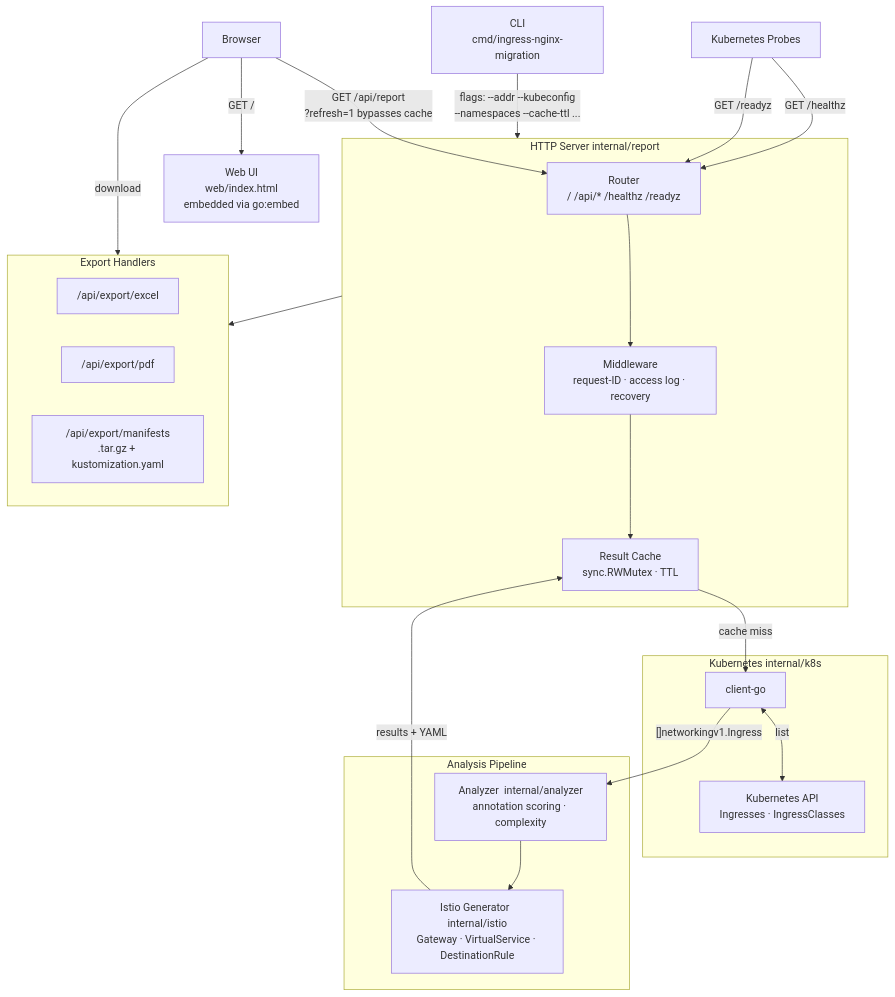
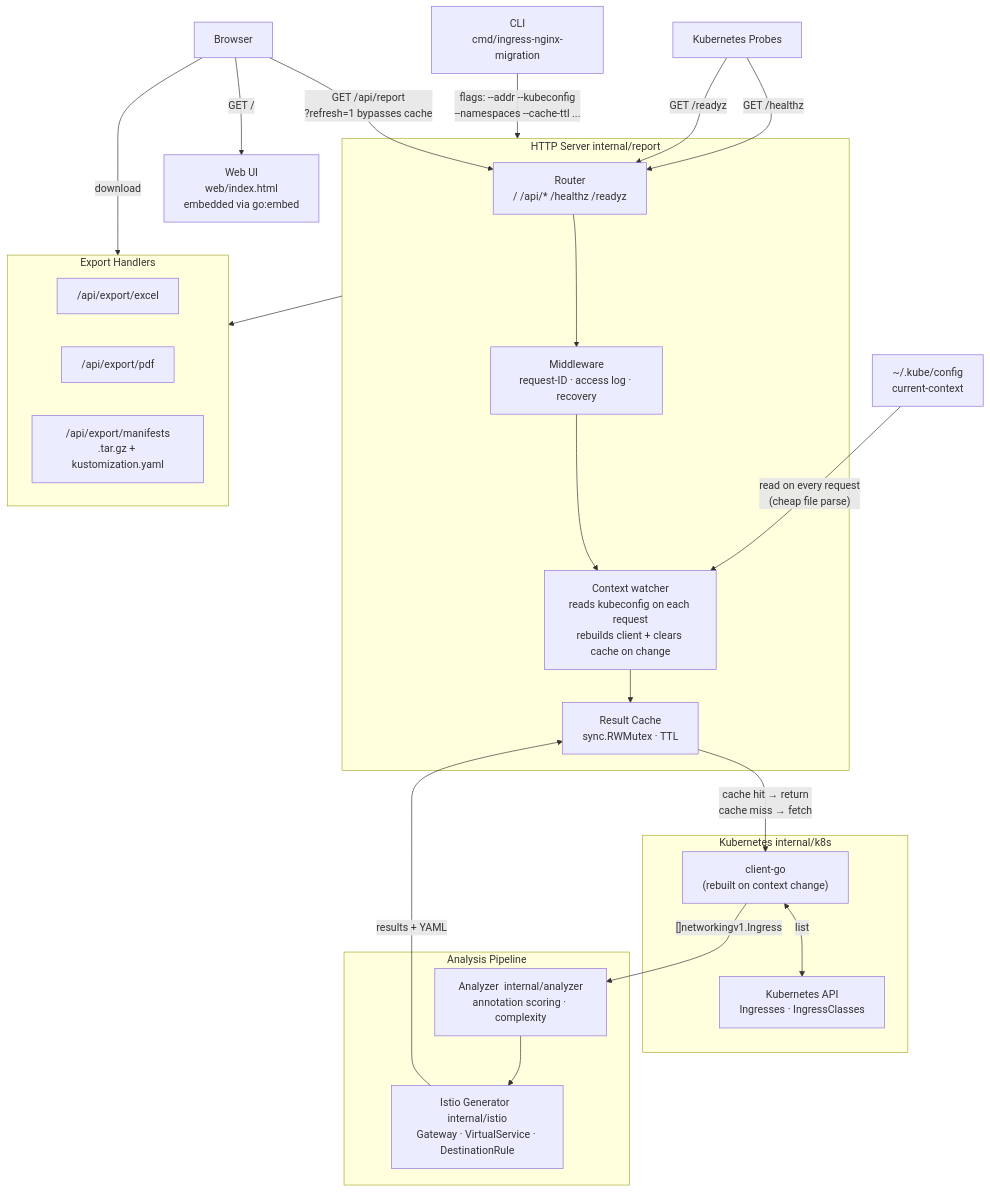
One commit to rohitsingh4334/nginx-ingress-to-istio changed the diagram in README.md. Above: the diagram before and after it, drawn with Mermaid. The commit also changed other lines of this file and 2 other files, not shown here.

Commit message:
fix: handle Excel API errors, context-aware k8s reconnection, docs update
- export.go: wrap all excelize API calls with xlsxLog helper to satisfy
  errcheck lint; quote Content-Disposition filename; log write errors
- server.go: detect kubeconfig context changes on each request (cheap
  file parse), rebuild k8s client and invalidate cache only on change;
  add graceful shutdown with SIGTERM/SIGINT; structured http.Server
  with read/write/idle timeouts; encode JSON to buffer before writing
- README.md: update architecture diagram to show context watcher node
  and live context-switching feature; add cache-ttl to CLI flags table

````diff
--- a/README.md
+++ b/README.md
@@ -7,41 +7,44 @@
 ```mermaid
 flowchart TD
     CLI["CLI\ncmd/ingress-nginx-migration"] -->|"flags: --addr --kubeconfig\n--namespaces --cache-ttl ..."| Server
 
     subgraph Server["HTTP Server  internal/report"]
         Mux["Router\n/  /api/*  /healthz  /readyz"]
+        MW["Middleware\nrequest-ID · access log · recovery"]
+        Sync["Context watcher\nreads kubeconfig on each request\nrebuilds client + clears cache on change"]
         Cache["Result Cache\nsync.RWMutex · TTL"]
-        MW["Middleware\nrequest-ID · access log · recovery"]
-        Mux --> MW --> Cache
+        Mux --> MW --> Sync --> Cache
     end
 
+    Kubeconfig["~/.kube/config\ncurrent-context"] -->|"read on every request\n(cheap file parse)"| Sync
+
     subgraph K8s["Kubernetes  internal/k8s"]
-        Client["client-go"]
+        Client["client-go\n(rebuilt on context change)"]
         KubeAPI["Kubernetes API\nIngresses · IngressClasses"]
         Client <-->|list| KubeAPI
     end
 
     subgraph Core["Analysis Pipeline"]
         Analyzer["Analyzer  internal/analyzer\nannotation scoring · complexity"]
         IstioGen["Istio Generator  internal/istio\nGateway · VirtualService · DestinationRule"]
         Analyzer --> IstioGen
     end
 
     subgraph Exports["Export Handlers"]
         Excel["/api/export/excel"]
         PDF["/api/export/pdf"]
         Manifests["/api/export/manifests\n.tar.gz + kustomization.yaml"]
     end
 
-    Cache -->|cache miss| Client
+    Cache -->|"cache hit → return\ncache miss → fetch"| Client
     Client -->|"[]networkingv1.Ingress"| Analyzer
     IstioGen -->|results + YAML| Cache
     Server --> Exports
 
     Browser["Browser"] -->|"GET /api/report\n?refresh=1 bypasses cache"| Mux
     Browser -->|GET /| StaticUI["Web UI\nweb/index.html\nembedded via go:embed"]
     Browser -->|download| Exports
 
     Probes["Kubernetes Probes"] -->|GET /healthz| Mux
     Probes -->|GET /readyz| Mux
 ```
````
